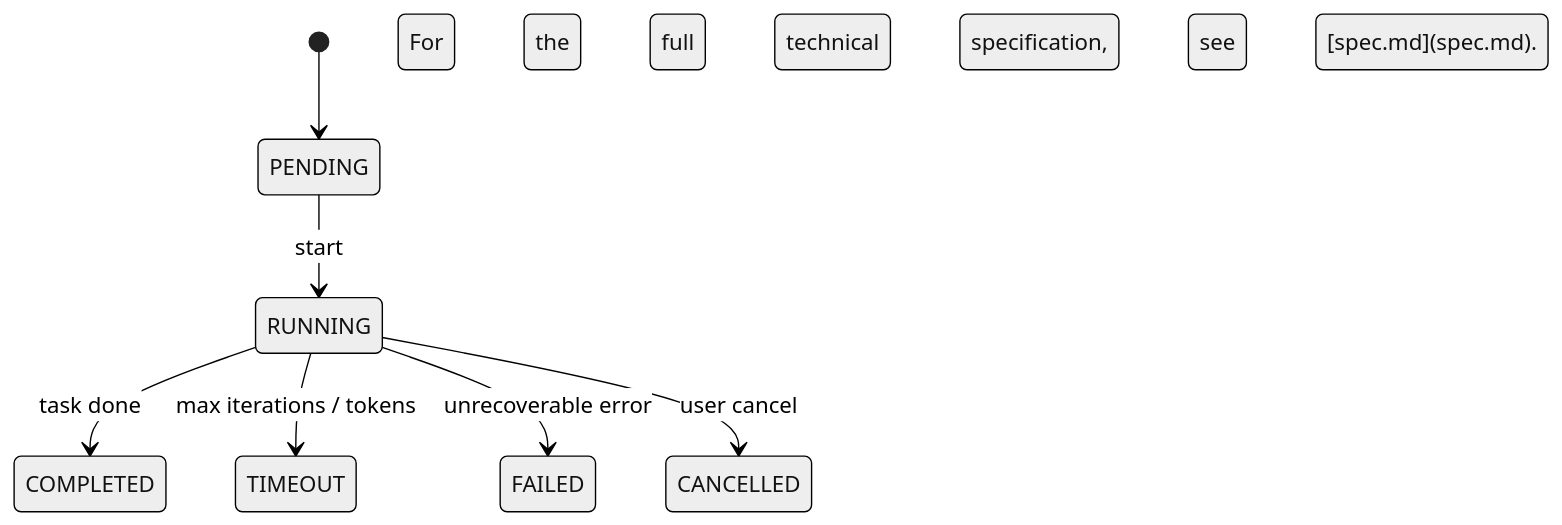
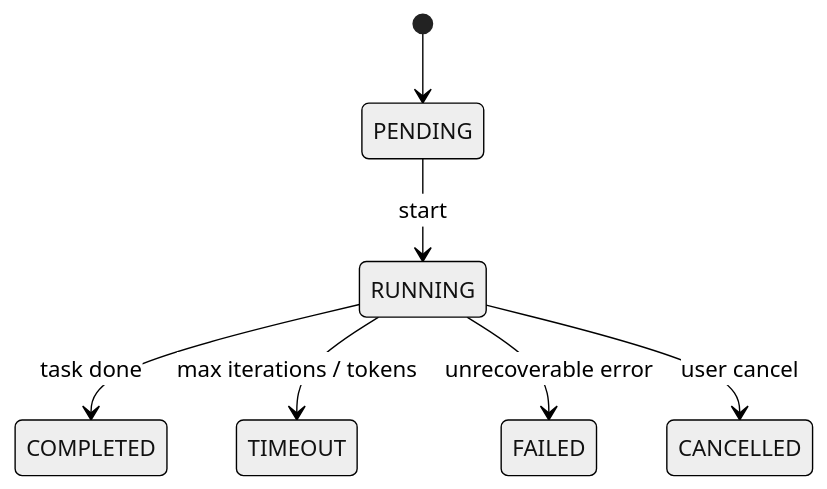
One commit to akoita/agent-forge changed the fourth of 4 diagrams in docs/architecture.md. Above: the diagram before and after it, drawn with Mermaid (neutral theme). The commit also changed other lines of this file and 6 other files, not shown here.

````diff
--- a/docs/architecture.md
+++ b/docs/architecture.md
@@ -165,11 +248,9 @@
 ```mermaid
 stateDiagram-v2
     [*] --> PENDING
     PENDING --> RUNNING : start
     RUNNING --> COMPLETED : task done
     RUNNING --> TIMEOUT : max iterations / tokens
     RUNNING --> FAILED : unrecoverable error
     RUNNING --> CANCELLED : user cancel
-
-For the full technical specification, see [spec.md](spec.md).
 ```
````
